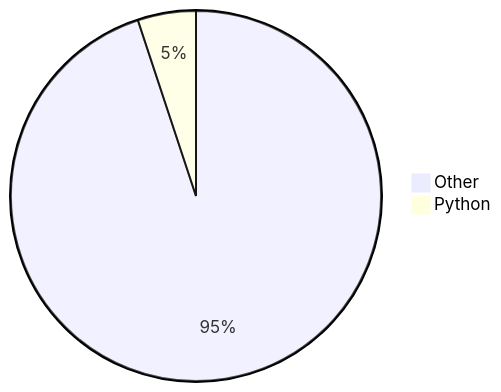
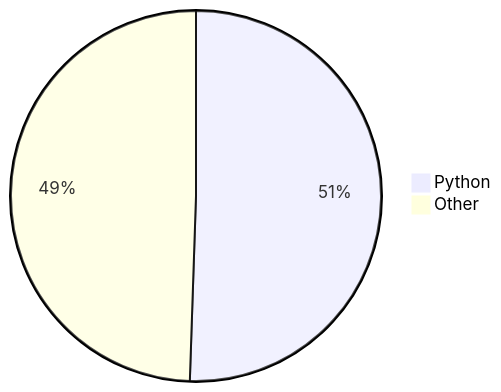
Before and after one commit to Alicia111/alicia111: the diagram in README.md, drawn with Mermaid.

Commit message:
Update WakaTime stats (・ω・)b

````diff
--- a/README.md
+++ b/README.md
@@ -32,5 +32,5 @@
 ```mermaid
 pie
-    "Other" : 94.92
-    "Python" : 5.08
+    "Python" : 50.53
+    "Other" : 49.47
 ```
````
